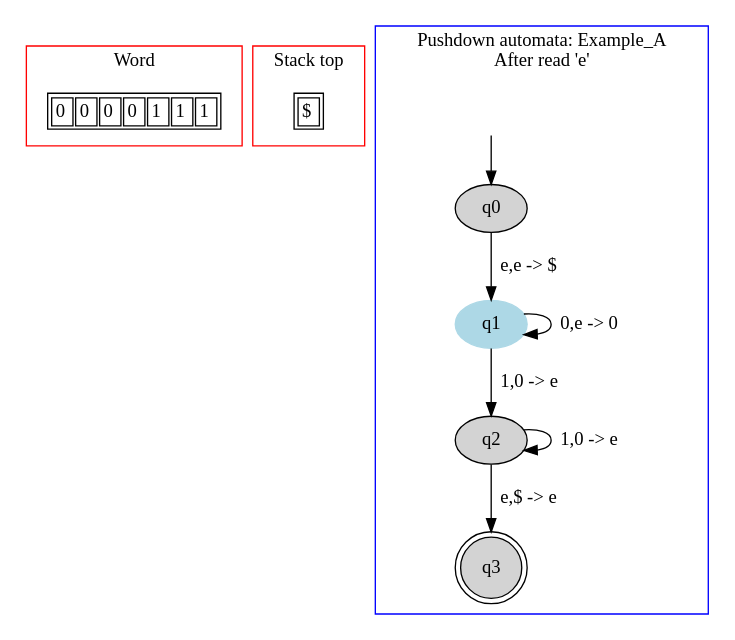
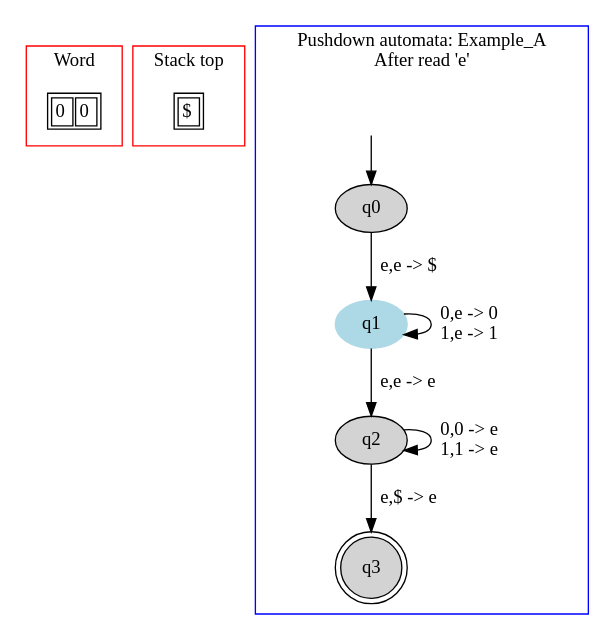
One commit to danielScLima/pushdown_automata changed the diagram in PA/images/file2.dot. Above: the diagram before and after it, drawn with Graphviz. The commit also changed 26 other files, not shown here.

```diff
--- a/PA/images/file2.dot
+++ b/PA/images/file2.dot
@@ -1,48 +1,45 @@
 digraph G {
 	subgraph cluster_0 {
 		node [shape=plaintext];
 
 struct1 [label=<<TABLE>
 <TR>
 <TD><FONT>0</FONT></TD>
 <TD><FONT>0</FONT></TD>
-<TD><FONT>0</FONT></TD>
-<TD><FONT>0</FONT></TD>
-<TD><FONT>1</FONT></TD>
-<TD><FONT>1</FONT></TD>
-<TD><FONT>1</FONT></TD>
 </TR>
 </TABLE>>];
 label = "Word";
 color=red;
 }
 	subgraph cluster_2 {
 		node [shape=plaintext];
 
 struct2 [label=<<TABLE>
 <TR>
 <TD>
 $</TD>
 </TR>
 </TABLE>>];
 label = "Stack top";
 color=red;
 }
 	subgraph cluster_1 {
 		node [style=filled];
 		label = "Pushdown automata: Example_A
 After read 'e'"
 		color=blue;
 
 		q0;
 		q1 [color="lightblue"];
 		q2;
 		q3 [shape="doublecircle"];
 		q0->q1[label="e,e -> $"];
-		q1->q1[label="0,e -> 0"];
-		q1->q2[label="1,0 -> e"];
-		q2->q2[label="1,0 -> e"];
+		q1->q1[label="0,e -> 0
+1,e -> 1"];
+		q1->q2[label="e,e -> e"];
+		q2->q2[label="0,0 -> e
+1,1 -> e"];
 		q2->q3[label="e,$ -> e"];
 x [color=white, label=""];		x->q0	}
 
 }
```
